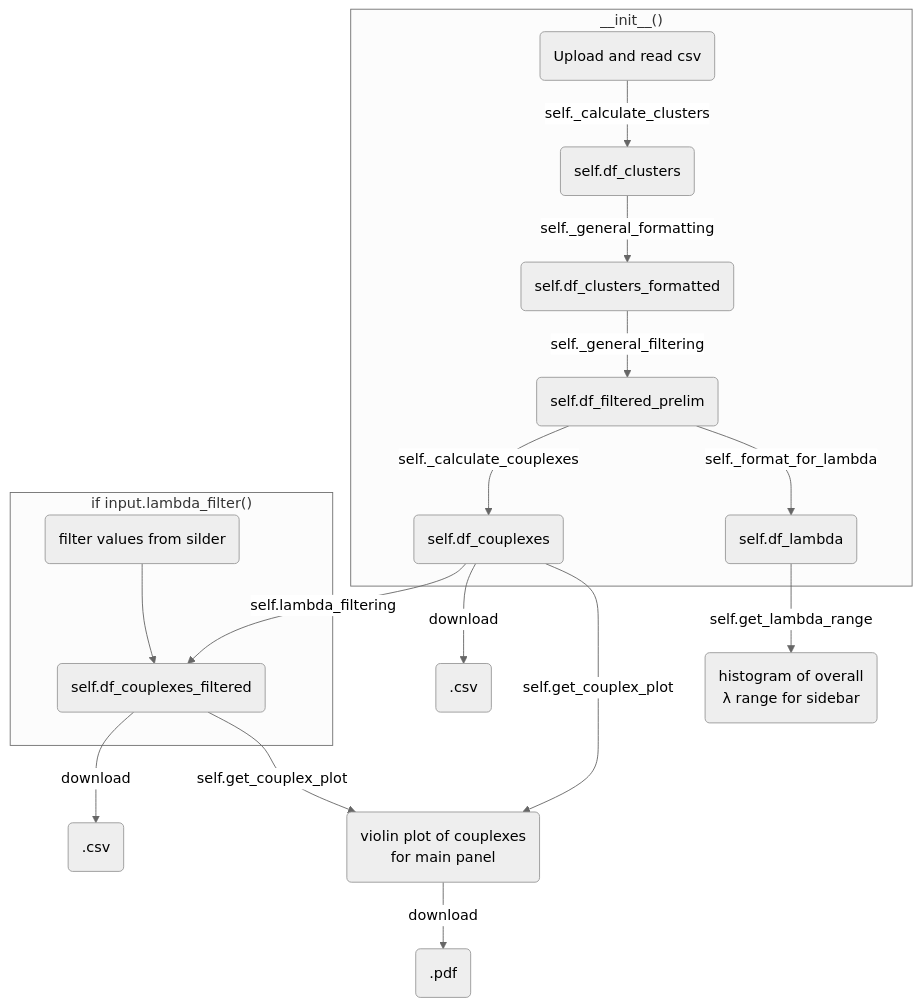
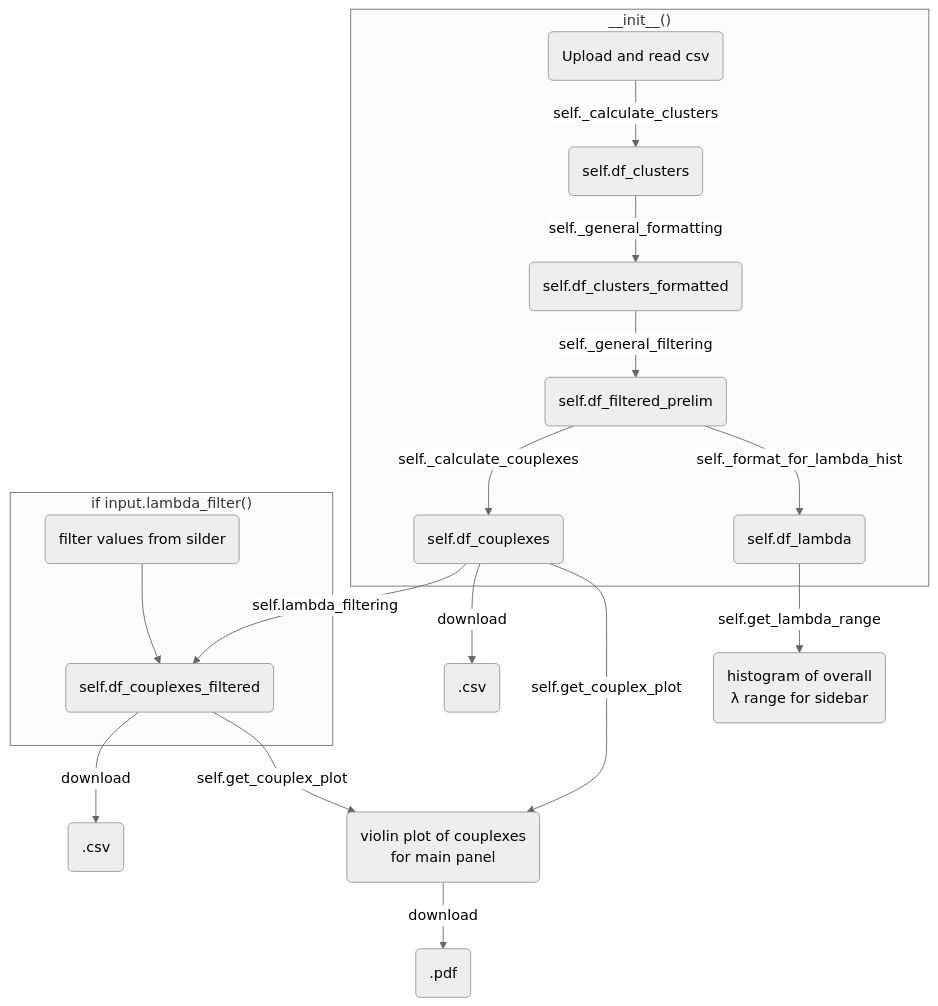
One commit to LangeTo/calculations-pico changed the diagram in README.md. Above: the diagram before and after it, drawn with Mermaid (neutral theme). The commit also changed other lines of this file and 6 other files, not shown here.

````diff
--- a/README.md
+++ b/README.md
@@ -17,30 +17,24 @@
 ```mermaid
 graph TD;
 %% classDef sub opacity:0.5
 %% classDef note stroke:none
     subgraph init ["__init__()"]
         A(Upload and read csv)-->|self._calculate_clusters|B(self.df_clusters);
         B-->|self._general_formatting|C(self.df_clusters_formatted);
         C-->|self._general_filtering|D(self.df_filtered_prelim);
-        D-->|self._format_for_lambda|E(self.df_lambda);
+        D-->|self._format_for_lambda_hist|E(self.df_lambda);
         D-->|self._calculate_couplexes|G(self.df_couplexes);
     end
         E-->|self.get_lambda_range|F(histogram of overall\nλ range for sidebar);
         G-->|self.get_couplex_plot|H(violin plot of couplexes\n for main panel)
         J-->|self.get_couplex_plot|H
         H-->|download|K(.pdf)
         G-->|download|L(.csv)
         J-->|download|M(.csv)
     subgraph lambda ["if input.lambda_filter()"]
         G-->|self.lambda_filtering|J(self.df_couplexes_filtered)
         I(filter values from silder)-->J
     end
 
-    %% subgraph subinit [" "]
-    %%     init
-    %%     noteA([I AM THE FIRST NOTE])
-    %% end
-
-    %% class noteA note
-    
+    %% class noteA note   
 ```
````
